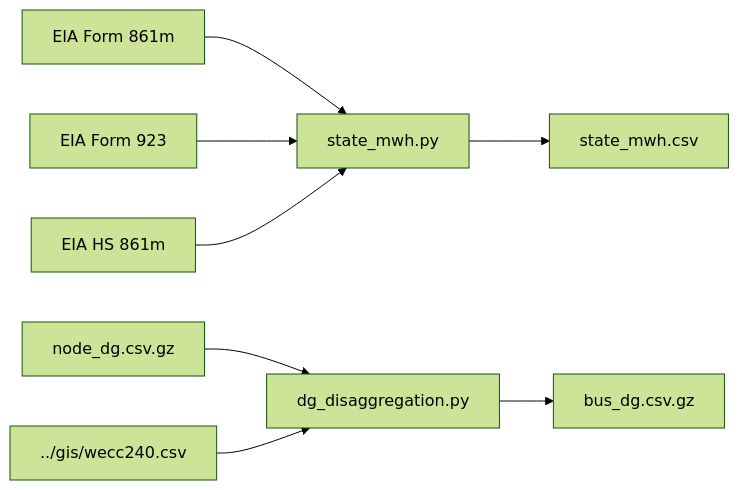
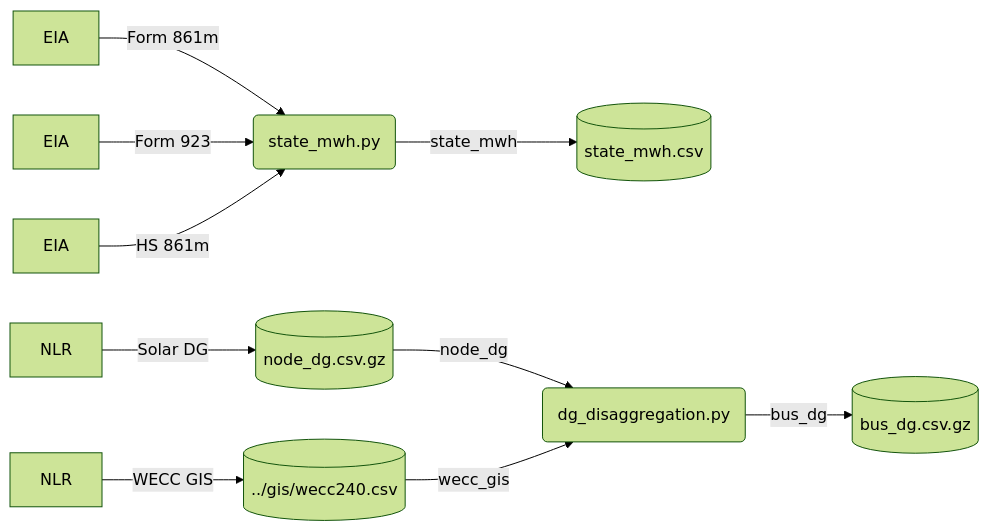
One commit to eudoxys/wecc240 changed the diagram in wecc240/data/README.md. Above: the diagram before and after it, drawn with Mermaid (forest theme).

````diff
--- a/wecc240/data/README.md
+++ b/wecc240/data/README.md
@@ -2,12 +2,12 @@
 ```mermaid
 flowchart LR
 
-    form861m[EIA Form 861m] --> state_mwh.py
-    form923[EIA Form 923] --> state_mwh.py
-    hs861m[EIA HS 861m] --> state_mwh.py
-    state_mwh.py --> state_mwh.csv
+    form861m[EIA] --Form 861m--> state_mwh(state_mwh.py)
+    form923[EIA] --Form 923--> state_mwh
+    hs861m[EIA] --HS 861m--> state_mwh
+    state_mwh(state_mwh.py) --state_mwh--> energy[(state_mwh.csv)]
 
-    node_dg.csv.gz --> dg_disaggregation.py
-    ../gis/wecc240.csv --> dg_disaggregation.py
-    dg_disaggregation.py --> bus_dg.csv.gz
+    solar_dg[NLR] --Solar DG--> node_dg[(node_dg.csv.gz)] --node_dg--> dg_disaggregation
+    weccgis[NLR] --WECC GIS--> wecc240[(../gis/wecc240.csv)] --wecc_gis--> dg_disaggregation
+    dg_disaggregation(dg_disaggregation.py) --bus_dg--> bus_dg[(bus_dg.csv.gz)]
 ```
````
